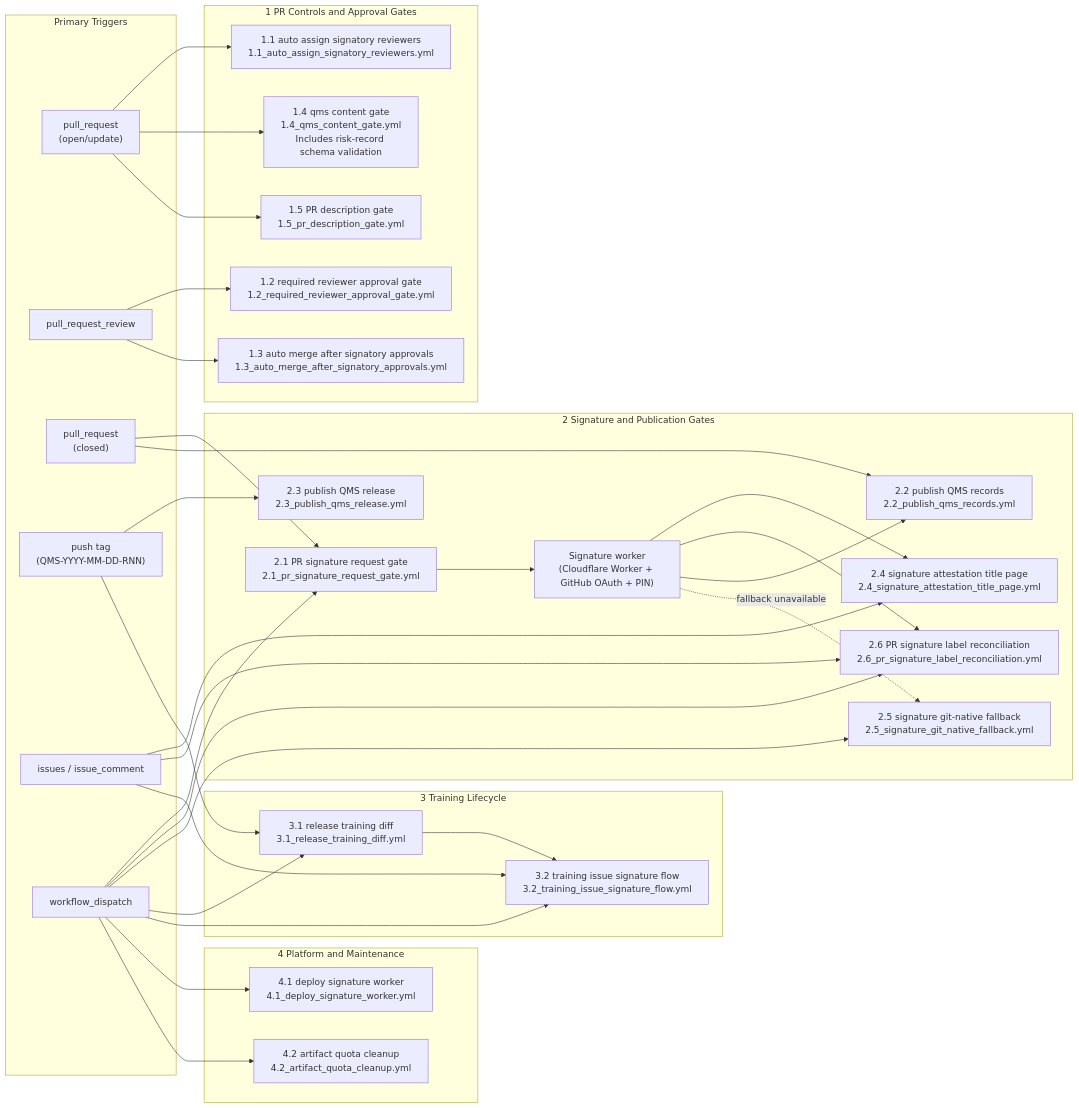
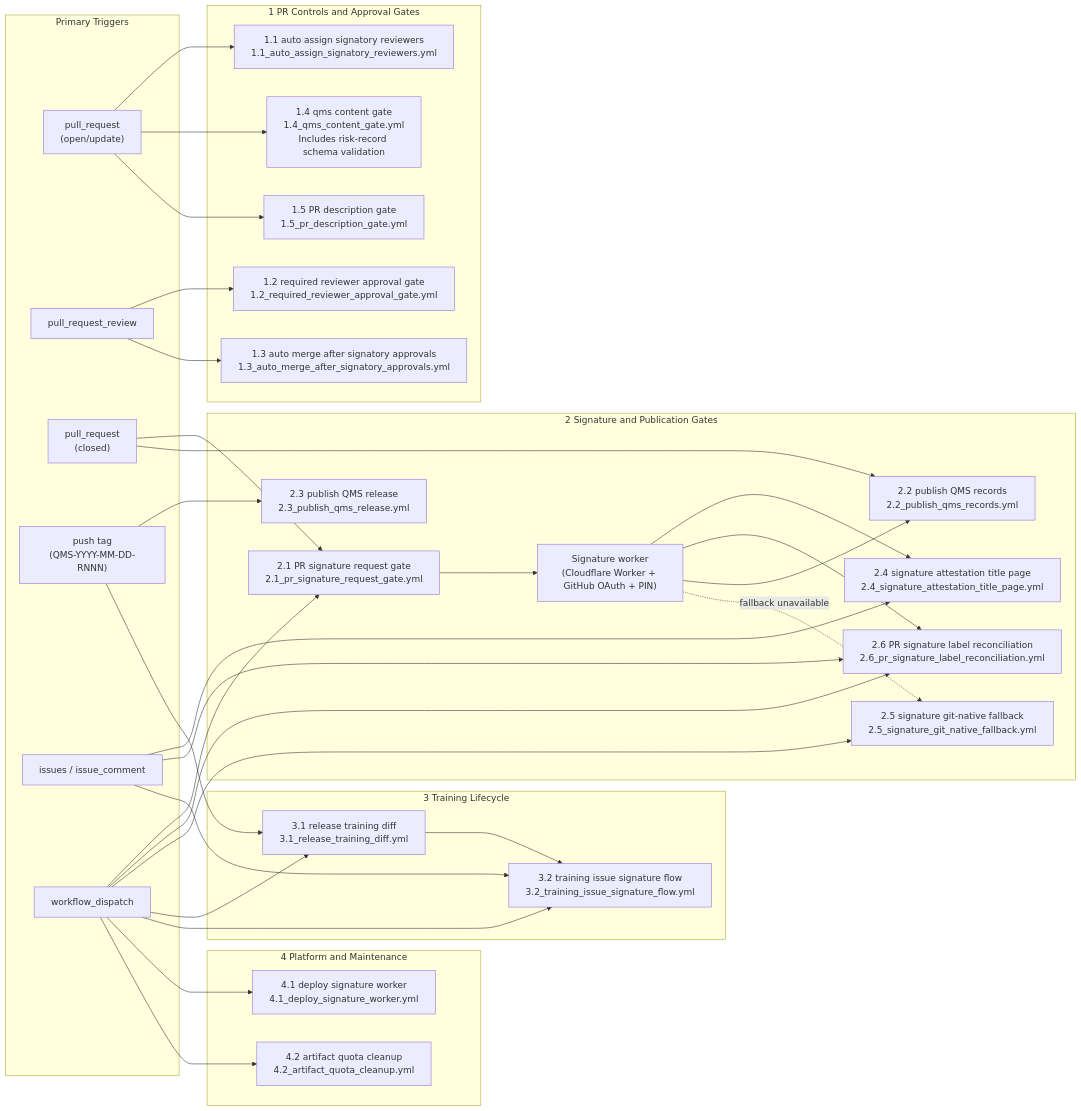
Before and after one commit to AliakseiT/dearauditor-qms-baseline: the diagram in docs/architecture/README.md, drawn with Mermaid. The commit also changed other lines of this file and 11 other files, not shown here.

````diff
--- a/docs/architecture/README.md
+++ b/docs/architecture/README.md
@@ -57,66 +57,66 @@
 ```mermaid
 flowchart LR
   subgraph triggers["Primary Triggers"]
     pr_open["pull_request<br/>(open/update)"]
     pr_review["pull_request_review"]
     pr_closed["pull_request<br/>(closed)"]
-    qms_tag["push tag<br/>(QMS-YYYY-MM-DD-RNN)"]
+    qms_tag["push tag<br/>(QMS-YYYY-MM-DD-RNNN)"]
     issue_events["issues / issue_comment"]
     manual["workflow_dispatch"]
   end
 
   subgraph pr_controls["1 PR Controls and Approval Gates"]
     w11["1.1 auto assign signatory reviewers<br/>1.1_auto_assign_signatory_reviewers.yml"]
     w12["1.2 required reviewer approval gate<br/>1.2_required_reviewer_approval_gate.yml"]
     w13["1.3 auto merge after signatory approvals<br/>1.3_auto_merge_after_signatory_approvals.yml"]
     w14["1.4 qms content gate<br/>1.4_qms_content_gate.yml<br/>Includes risk-record schema validation"]
     w15["1.5 PR description gate<br/>1.5_pr_description_gate.yml"]
   end
 
   subgraph signature_pub["2 Signature and Publication Gates"]
     w21["2.1 PR signature request gate<br/>2.1_pr_signature_request_gate.yml"]
     w26["2.6 PR signature label reconciliation<br/>2.6_pr_signature_label_reconciliation.yml"]
     signer_ui["Signature worker<br/>(Cloudflare Worker + GitHub OAuth + PIN)"]
     w24["2.4 signature attestation title page<br/>2.4_signature_attestation_title_page.yml"]
     w22["2.2 publish QMS records<br/>2.2_publish_qms_records.yml"]
     w23["2.3 publish QMS release<br/>2.3_publish_qms_release.yml"]
     w25["2.5 signature git-native fallback<br/>2.5_signature_git_native_fallback.yml"]
   end
 
   subgraph training["3 Training Lifecycle"]
     w31["3.1 release training diff<br/>3.1_release_training_diff.yml"]
     w32["3.2 training issue signature flow<br/>3.2_training_issue_signature_flow.yml"]
   end
 
   subgraph platform["4 Platform and Maintenance"]
     w41["4.1 deploy signature worker<br/>4.1_deploy_signature_worker.yml"]
     w42["4.2 artifact quota cleanup<br/>4.2_artifact_quota_cleanup.yml"]
   end
 
   pr_open --> w11
   pr_open --> w14
   pr_open --> w15
   pr_review --> w12
   pr_review --> w13
   pr_closed --> w21
   pr_closed --> w22
   qms_tag --> w23
   qms_tag --> w31
   issue_events --> w24
   issue_events --> w26
   issue_events --> w32
   manual --> w21
   manual --> w26
   manual --> w25
   manual --> w31
   manual --> w32
   manual --> w41
   manual --> w42
 
   w21 --> signer_ui
   signer_ui --> w24
   signer_ui --> w26
   signer_ui --> w22
   signer_ui -. fallback unavailable .-> w25
   w31 --> w32
 ```
````
